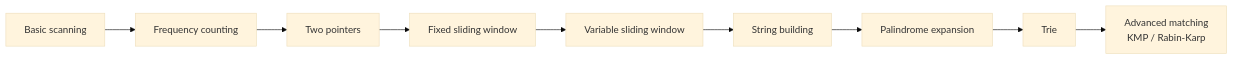
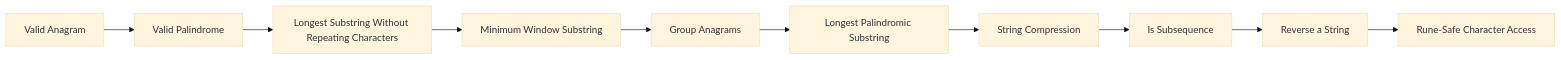
Before and after one commit to 9999dude/omega: diagram 16 of 16 in docs/datastructures/strings.md, drawn with Mermaid (base theme). The commit also changed other lines of this file and 58 other files, not shown here.

````diff
--- a/docs/datastructures/strings.md
+++ b/docs/datastructures/strings.md
@@ -2415,11 +1009,13 @@
 ```mermaid
 flowchart LR
-    A["Basic scanning"] --> B["Frequency counting"]
-    B --> C["Two pointers"]
-    C --> D["Fixed sliding window"]
-    D --> E["Variable sliding window"]
-    E --> F["String building"]
-    F --> G["Palindrome expansion"]
-    G --> H["Trie"]
-    H --> I["Advanced matching<br/>KMP / Rabin-Karp"]
+    Q0["Valid Anagram"]
+    Q0 --> Q1["Valid Palindrome"]
+    Q1 --> Q2["Longest Substring Without Repeating Characters"]
+    Q2 --> Q3["Minimum Window Substring"]
+    Q3 --> Q4["Group Anagrams"]
+    Q4 --> Q5["Longest Palindromic Substring"]
+    Q5 --> Q6["String Compression"]
+    Q6 --> Q7["Is Subsequence"]
+    Q7 --> Q8["Reverse a String"]
+    Q8 --> Q9["Rune-Safe Character Access"]
 ```
````
